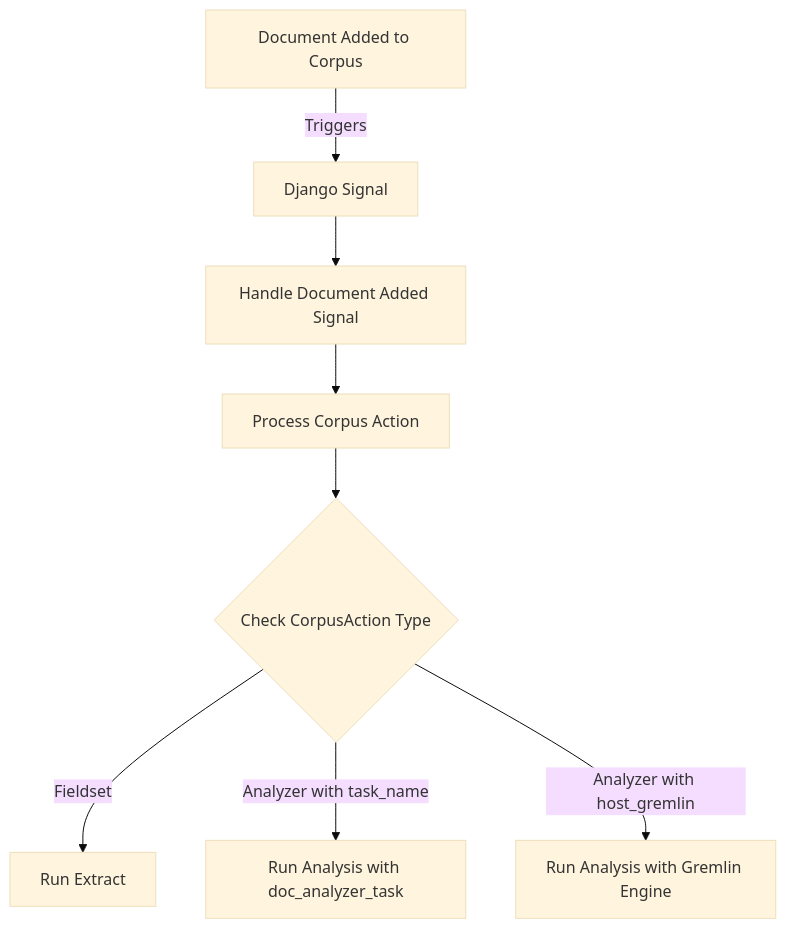
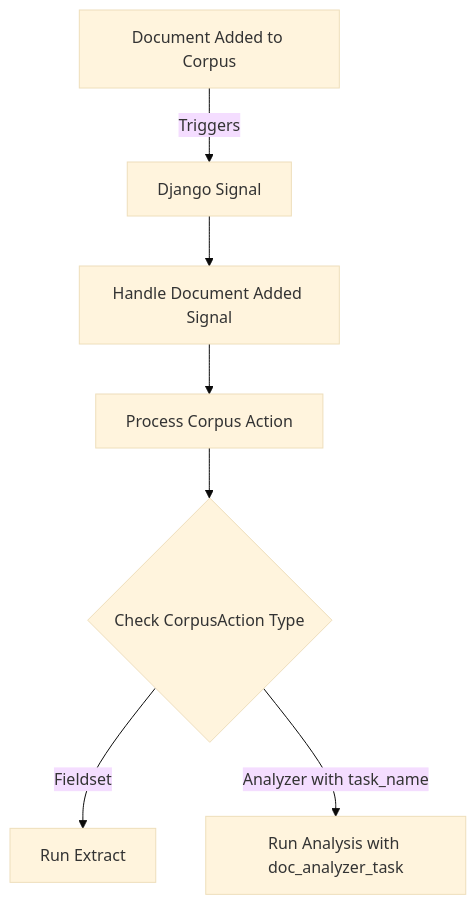
One commit to baichuanping/OpenContracts changed the diagram in docs/architecture/opencontract-corpus-actions.md. Above: the diagram before and after it, drawn with Mermaid (base theme). The commit also changed other lines of this file and 50 other files, not shown here.

````diff
--- a/docs/architecture/opencontract-corpus-actions.md
+++ b/docs/architecture/opencontract-corpus-actions.md
@@ -26,10 +24,9 @@
 ```mermaid
 graph TD
     A[Document Added to Corpus] -->|Triggers| B[Django Signal]
     B --> C[Handle Document Added Signal]
     C --> D[Process Corpus Action]
     D --> E{Check CorpusAction Type}
     E -->|Fieldset| F[Run Extract]
     E -->|Analyzer with task_name| G[Run Analysis with doc_analyzer_task]
-    E -->|Analyzer with host_gremlin| H[Run Analysis with Gremlin Engine]
 ```
````
